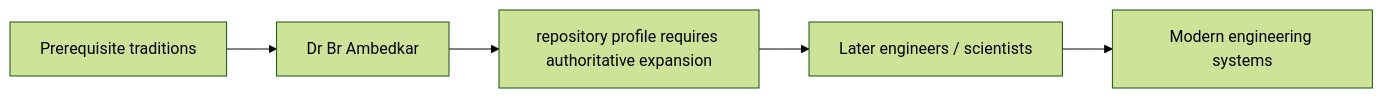
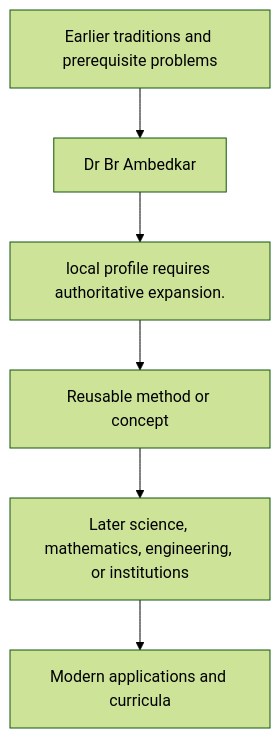
One commit to via-decide/ViaLogic changed the diagram in docs/history/dr-br-ambedkar/influence.md. Above: the diagram before and after it, drawn with Mermaid (forest theme). The commit also changed other lines of this file and 858 other files, not shown here.

````diff
--- a/docs/history/dr-br-ambedkar/influence.md
+++ b/docs/history/dr-br-ambedkar/influence.md
@@ -29,7 +16,8 @@
 ```mermaid
-graph LR
-  prerequisites["Prerequisite traditions"] --> current["Dr Br Ambedkar"]
-  current --> contribution["repository profile requires authoritative expansion"]
-  contribution --> successors["Later engineers / scientists"]
-  successors --> modern["Modern engineering systems"]
+graph TD
+  Prior[Earlier traditions and prerequisite problems] --> Person[Dr Br Ambedkar]
+  Person --> Contribution[local profile requires authoritative expansion.]
+  Contribution --> Method[Reusable method or concept]
+  Method --> Later[Later science, mathematics, engineering, or institutions]
+  Later --> Modern[Modern applications and curricula]
 ```
````
